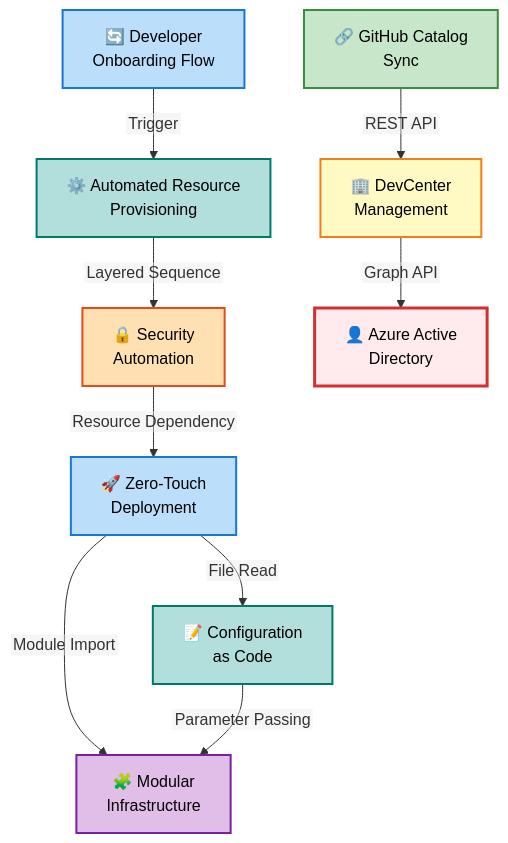
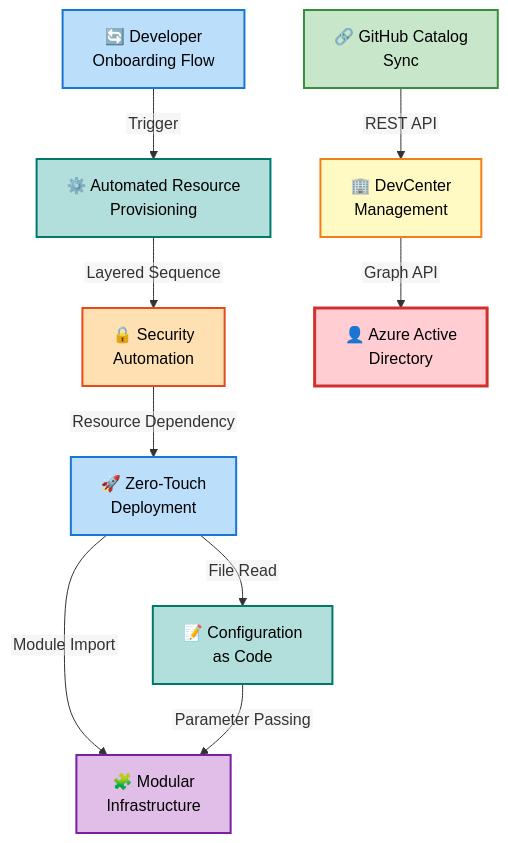
One commit to Evilazaro/DevExp-DevBox changed the fourth of 4 diagrams in docs/architecture/business-layer-architecture-bdat.md. Above: the diagram before and after it, drawn with Mermaid. The commit also changed other lines of this file, not shown here.

Commit message:
refactor: update flowchart styles for improved visual clarity and consistency

````diff
--- a/docs/architecture/business-layer-architecture-bdat.md
+++ b/docs/architecture/business-layer-architecture-bdat.md
@@ -1084,38 +1084,38 @@
 ```mermaid
 ---
 config:
   flowchart:
     htmlLabels: false
 ---
 flowchart TD
     accTitle: Component Dependency Map - Business Layer
     accDescr: Visual representation of critical dependencies between business components with relationship types
 
     classDef mdBlue fill:#BBDEFB,stroke:#1976D2,stroke-width:2px,color:#000
     classDef mdOrange fill:#FFE0B2,stroke:#E64A19,stroke-width:2px,color:#000
     classDef mdTeal fill:#B2DFDB,stroke:#00796B,stroke-width:2px,color:#000
     classDef mdGreen fill:#C8E6C9,stroke:#388E3C,stroke-width:2px,color:#000
     classDef mdPurple fill:#E1BEE7,stroke:#7B1FA2,stroke-width:2px,color:#000
     classDef mdYellow fill:#FFF9C4,stroke:#F57F17,stroke-width:2px,color:#000
 
     ZTD["🚀 Zero-Touch<br/>Deployment"]:::mdBlue
     CAC["📝 Configuration<br/>as Code"]:::mdTeal
     MI["🧩 Modular<br/>Infrastructure"]:::mdPurple
     SA["🔒 Security<br/>Automation"]:::mdOrange
     GCS["🔗 GitHub Catalog<br/>Sync"]:::mdGreen
     DMS["🏢 DevCenter<br/>Management"]:::mdYellow
     DOF["🔄 Developer<br/>Onboarding Flow"]:::mdBlue
     ARP["⚙️ Automated Resource<br/>Provisioning"]:::mdTeal
     AAD["👤 Azure Active<br/>Directory"]:::mdOrange
 
     ZTD -->|"File Read"| CAC
     ZTD -->|"Module Import"| MI
     SA -->|"Resource Dependency"| ZTD
     CAC -->|"Parameter Passing"| MI
     GCS -->|"REST API"| DMS
     DOF -->|"Trigger"| ARP
     ARP -->|"Layered Sequence"| SA
     DMS -->|"Graph API"| AAD
 
-    style AAD fill:#FFEBEE,stroke:#D32F2F,stroke-width:3px
+    style AAD fill:#FFCDD2,stroke:#D32F2F,stroke-width:3px
 ```
````
